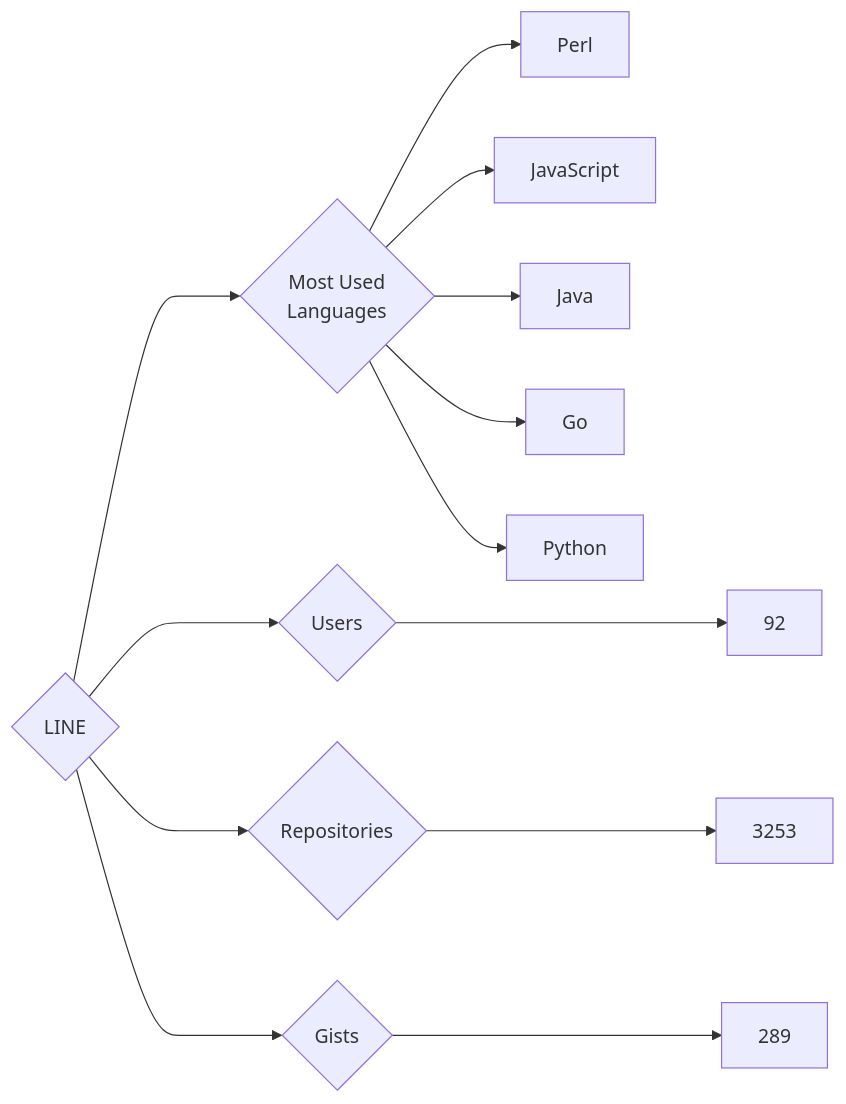
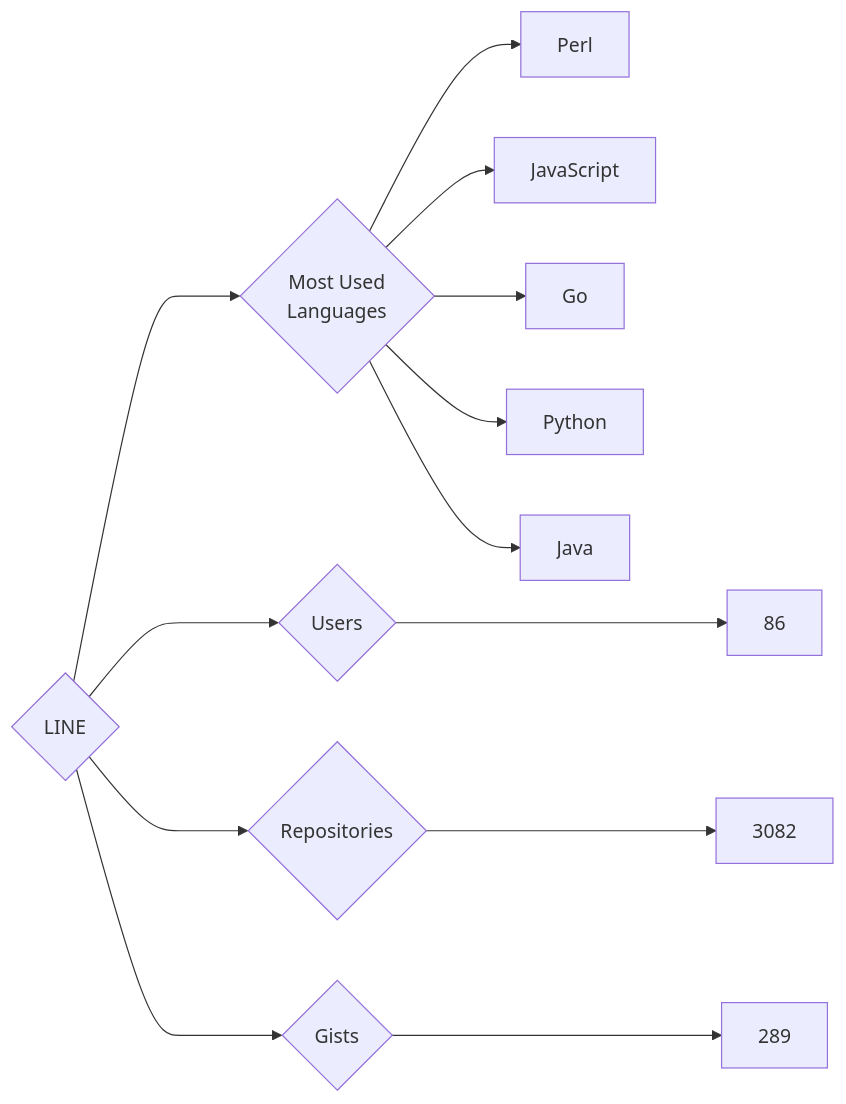
Before and after one commit to trickest/insiders: the diagram in targets/LINE/README.md, drawn with Mermaid. The commit also changed 900 other files, not shown here.

````diff
--- a/targets/LINE/README.md
+++ b/targets/LINE/README.md
@@ -3,13 +3,13 @@
 ```mermaid
 graph LR
 COMPANY_NAME{LINE}
-COMPANY_NAME ---> U{Users} ---> UN[92]
-COMPANY_NAME ---> R{Repositories} ---> RN[3253]
+COMPANY_NAME ---> U{Users} ---> UN[86]
+COMPANY_NAME ---> R{Repositories} ---> RN[3082]
 COMPANY_NAME ---> G{Gists} ---> GN[289]
 COMPANY_NAME ---> ML{Most Used<br>Languages}
 ML --> Perl[Perl]
 ML --> JavaScript[JavaScript]
-ML --> Java[Java]
 ML --> Go[Go]
 ML --> Python[Python]
+ML --> Java[Java]
 ```
````
